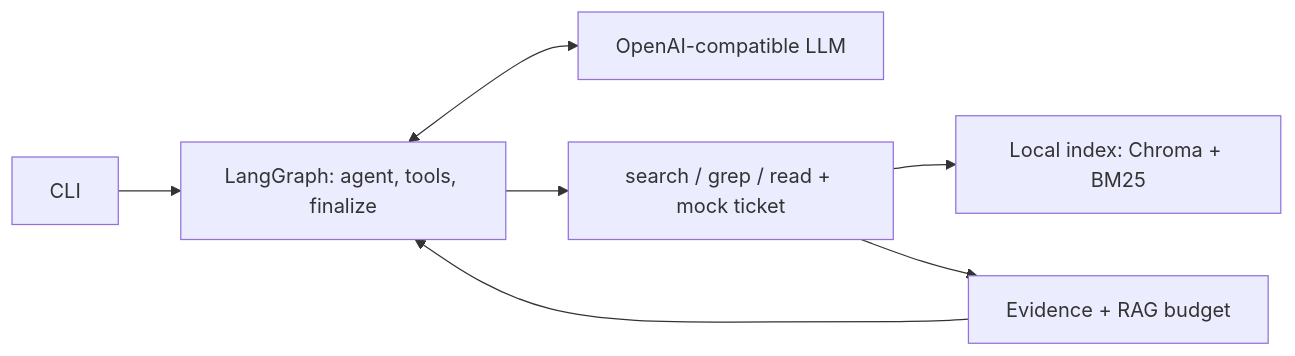
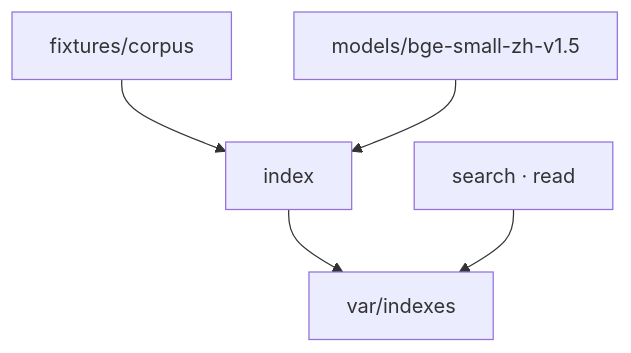
The first of 2 diagrams in README.md (liushupeng/wiki-graph), drawn with Mermaid before and after one commit. The commit also changed other lines of this file and 5 other files, not shown here.

````diff
--- a/README.md
+++ b/README.md
@@ -30,14 +21,13 @@
 ```mermaid
-flowchart LR
-    user["CLI"]
-    agentLoop["LangGraph: agent, tools, finalize"]
-    llm["OpenAI-compatible LLM"]
-    ragTools["search / grep / read + mock ticket"]
-    idx["Local index: Chroma + BM25"]
-    policy["Evidence + RAG budget"]
+flowchart TB
+    corpus["fixtures/corpus"]
+    embed["models/bge-small-zh-v1.5"]
+    build["index"]
+    store["var/indexes"]
+    query["search · read"]
 
-    user --> agentLoop
-    agentLoop <--> llm
-    agentLoop --> ragTools --> idx
-    ragTools --> policy --> agentLoop
+    corpus --> build
+    embed --> build
+    build --> store
+    query --> store
 ```
````
